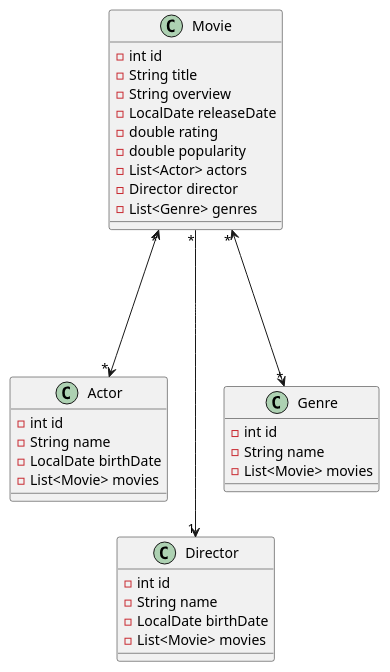
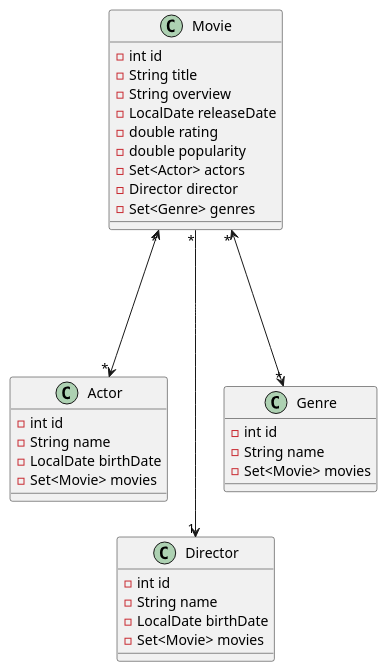
One commit to Pete399c1/Sem3Sp1 changed the diagram in docs/Sp1.puml. Above: the diagram before and after it, drawn with PlantUML. The commit also changed 3 other files, not shown here.

```diff
--- a/docs/Sp1.puml
+++ b/docs/Sp1.puml
@@ -1,40 +1,40 @@
 @startuml
 'https://plantuml.com/class-diagram
 !pragma layout smetana
 
 class Movie{
 -int id
 -String title
 -String overview
 -LocalDate releaseDate
 -double rating
 -double popularity
--List<Actor> actors
+-Set<Actor> actors
 -Director director
--List<Genre> genres
+-Set<Genre> genres
 }
 
 class Actor{
 -int id
 -String name
 -LocalDate birthDate
--List<Movie> movies
+-Set<Movie> movies
 }
 
 class Director{
 -int id
 -String name
 -LocalDate birthDate
--List<Movie> movies
+-Set<Movie> movies
 }
 
 class Genre{
 -int id
 -String name
--List<Movie> movies
+-Set<Movie> movies
 }
 
 Movie "*" <-----> "*" Actor
 Movie "*" ------> "1" Director
 Movie "*" <-----> "*" Genre
 @enduml
```
